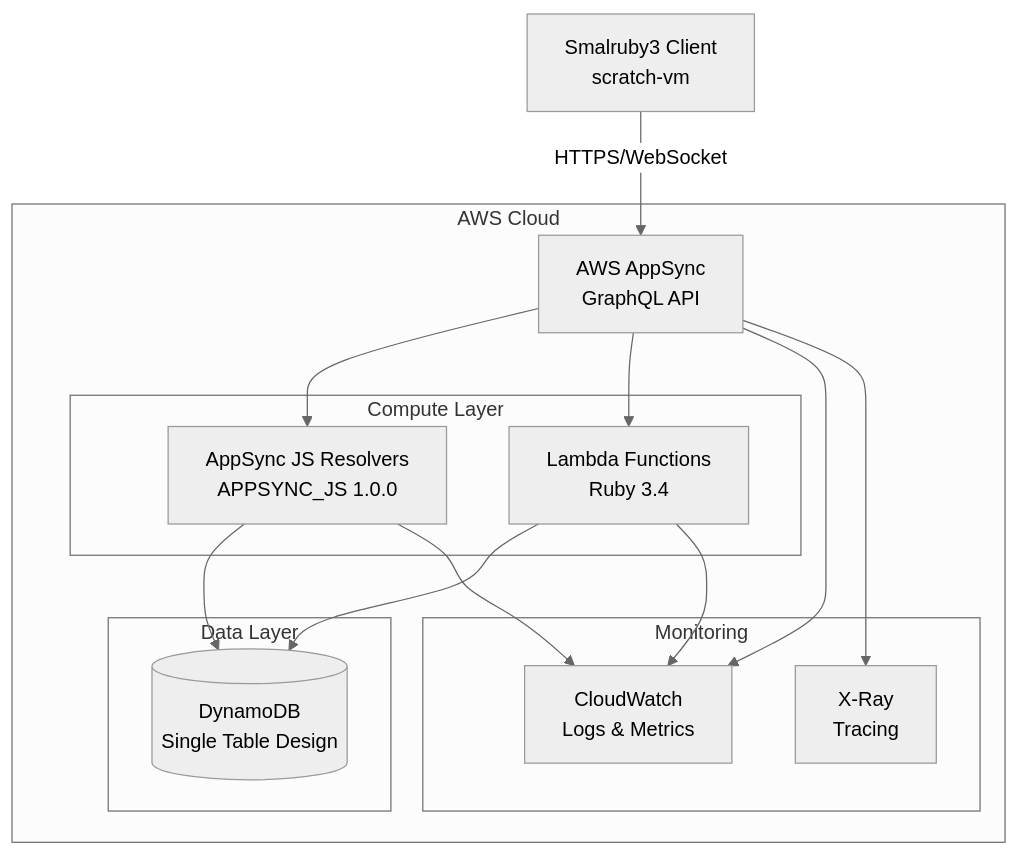
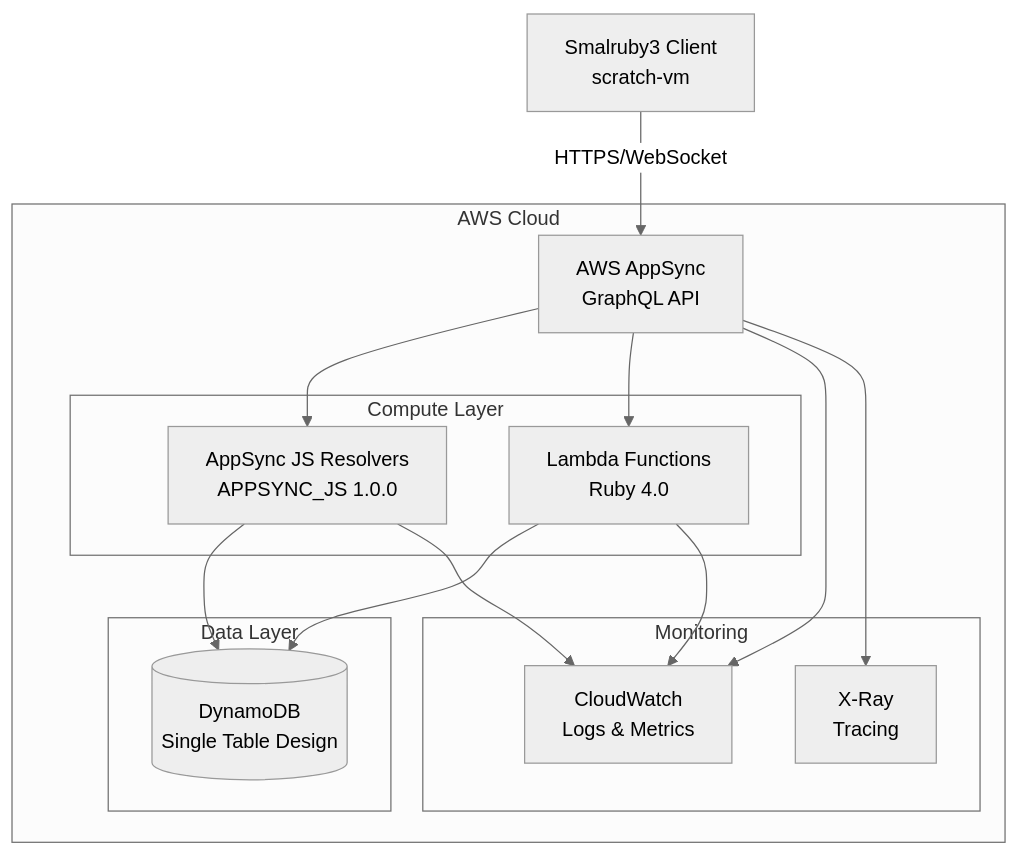
The first of 12 diagrams in infra/smalruby-mesh-v2/docs/architecture.md (smalruby/smalruby3-editor), drawn with Mermaid (neutral theme) before and after one commit. The commit also changed other lines of this file and 9 other files, not shown here.

First line of the commit message:
chore(ruby): move the mesh-v2 lambda and ruby images to ruby 4.0

````diff
--- a/infra/smalruby-mesh-v2/docs/architecture.md
+++ b/infra/smalruby-mesh-v2/docs/architecture.md
@@ -7,32 +7,32 @@
 ```mermaid
 graph TB
     Client[Smalruby3 Client<br/>scratch-vm]
 
     subgraph "AWS Cloud"
         AppSync[AWS AppSync<br/>GraphQL API]
 
         subgraph "Data Layer"
             DynamoDB[(DynamoDB<br/>Single Table Design)]
         end
 
         subgraph "Compute Layer"
             JSResolver[AppSync JS Resolvers<br/>APPSYNC_JS 1.0.0]
-            Lambda[Lambda Functions<br/>Ruby 3.4]
+            Lambda[Lambda Functions<br/>Ruby 4.0]
         end
 
         subgraph "Monitoring"
             CloudWatch[CloudWatch<br/>Logs & Metrics]
             XRay[X-Ray<br/>Tracing]
         end
     end
 
     Client -->|HTTPS/WebSocket| AppSync
     AppSync --> JSResolver
     AppSync --> Lambda
     JSResolver --> DynamoDB
     Lambda --> DynamoDB
     AppSync --> CloudWatch
     AppSync --> XRay
     JSResolver --> CloudWatch
     Lambda --> CloudWatch
 ```
````
